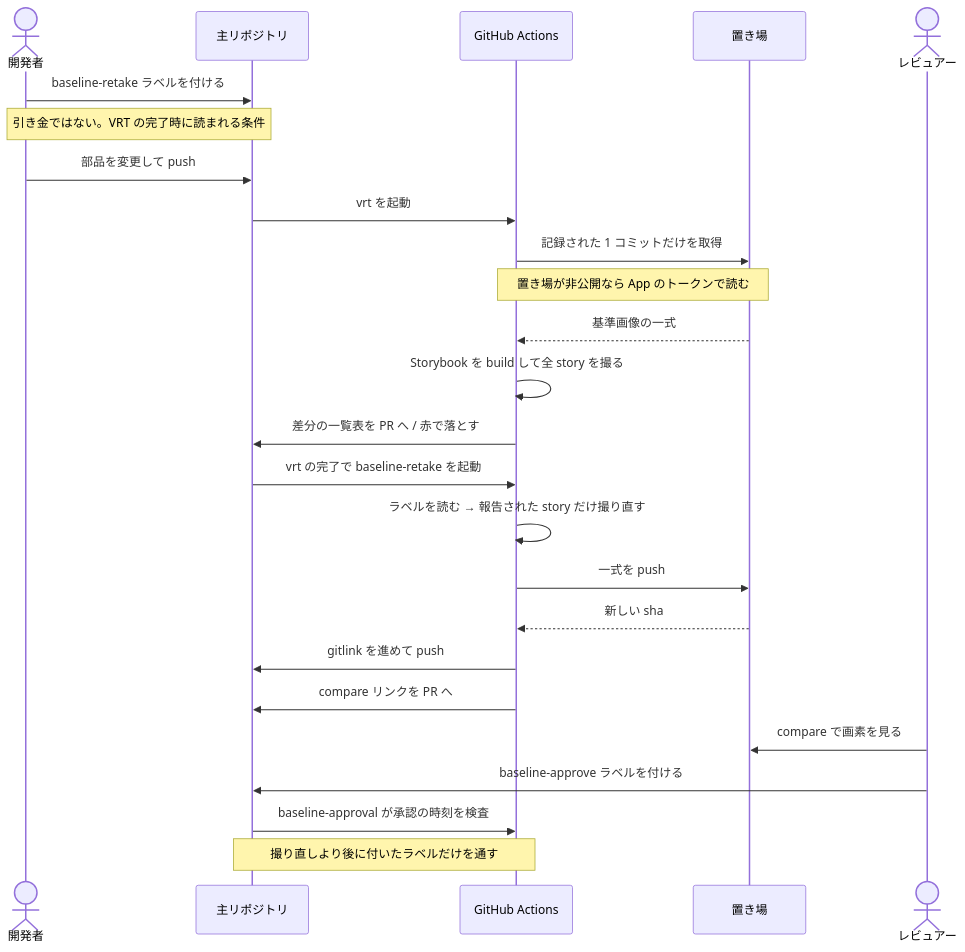
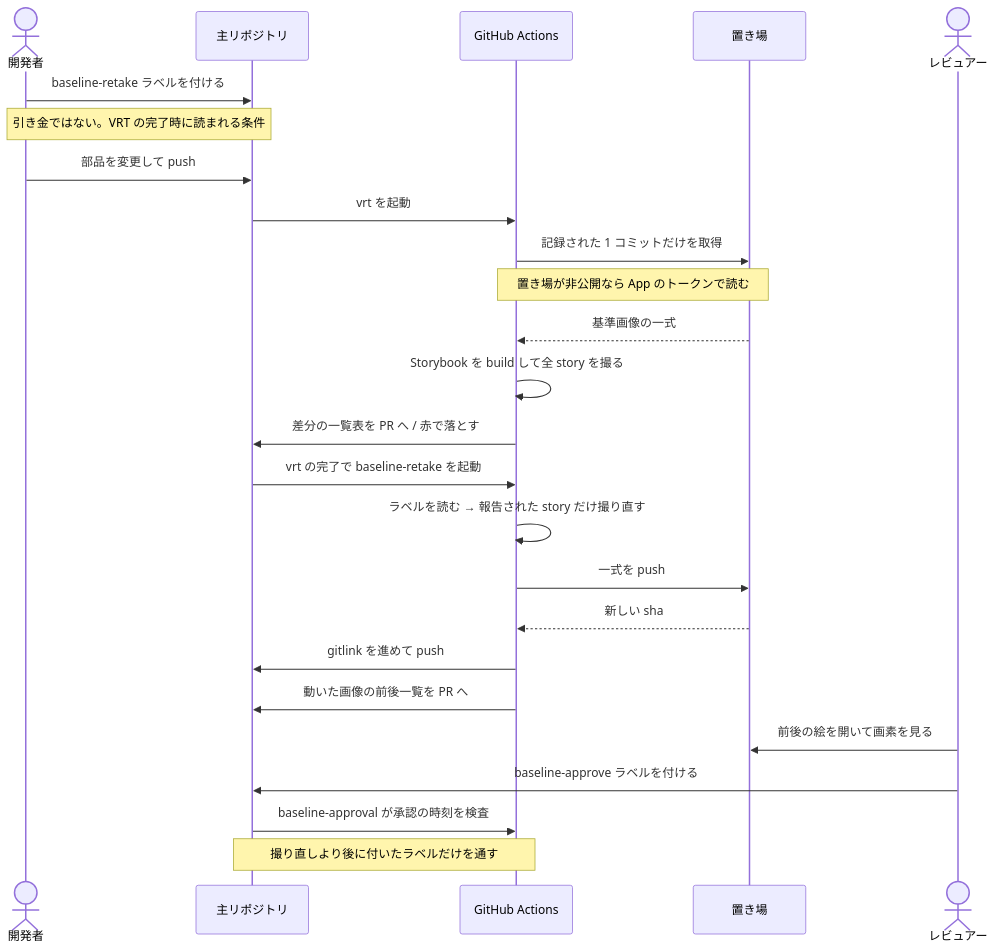
Before and after one commit to Tomy-ch/nextjs-boilerplate: the second of 2 diagrams in docs/design/vrt.md, drawn with Mermaid. The commit also changed 10 other files, not shown here.

````diff
--- a/docs/design/vrt.md
+++ b/docs/design/vrt.md
@@ -66,31 +66,31 @@
 ```mermaid
 sequenceDiagram
     actor dev as 開発者
     participant main as 主リポジトリ
     participant gha as GitHub Actions
     participant store as 置き場
     actor rev as レビュアー
 
     dev->>main: baseline-retake ラベルを付ける
     Note over dev,main: 引き金ではない。VRT の完了時に読まれる条件
 
     dev->>main: 部品を変更して push
     main->>gha: vrt を起動
     gha->>store: 記録された 1 コミットだけを取得
     Note over gha,store: 置き場が非公開なら App のトークンで読む
     store-->>gha: 基準画像の一式
     gha->>gha: Storybook を build して全 story を撮る
     gha->>main: 差分の一覧表を PR へ / 赤で落とす
 
     main->>gha: vrt の完了で baseline-retake を起動
     gha->>gha: ラベルを読む → 報告された story だけ撮り直す
     gha->>store: 一式を push
     store-->>gha: 新しい sha
     gha->>main: gitlink を進めて push
-    gha->>main: compare リンクを PR へ
+    gha->>main: 動いた画像の前後一覧を PR へ
 
-    rev->>store: compare で画素を見る
+    rev->>store: 前後の絵を開いて画素を見る
     rev->>main: baseline-approve ラベルを付ける
     main->>gha: baseline-approval が承認の時刻を検査
     Note over main,gha: 撮り直しより後に付いたラベルだけを通す
 ```
````
